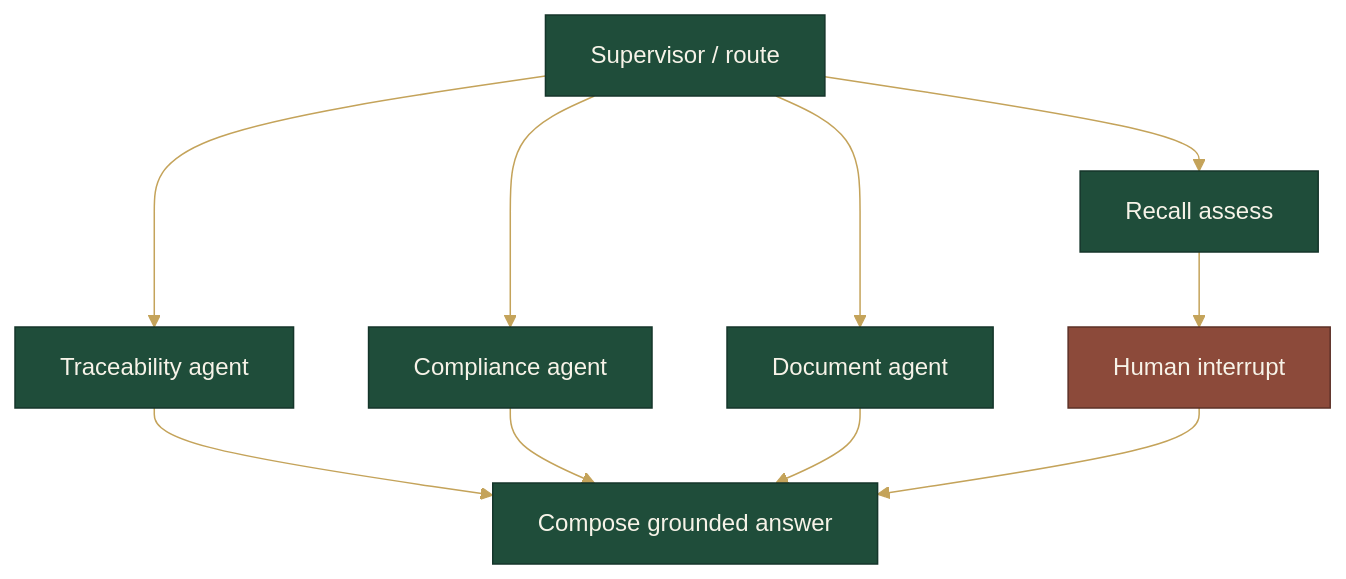
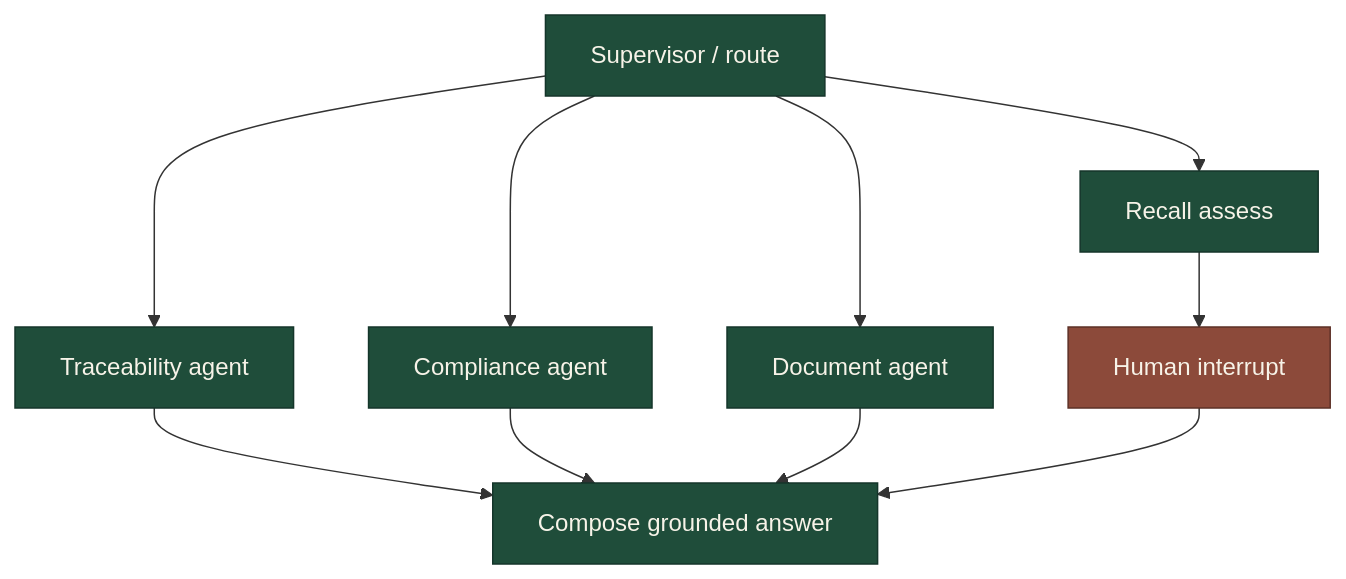
Before and after one commit to MourabitElBachir/traceability-graph-agents: the seventh of 7 diagrams in README.md, drawn with Mermaid. The commit also changed other lines of this file and 19 other files, not shown here.

Commit message:
docs: fix Mermaid rendering, add French README and data walkthrough (#2)

````diff
--- a/README.md
+++ b/README.md
@@ -369,19 +743,18 @@
 ```mermaid
-%%{init: {'theme': 'base', 'themeVariables': {'primaryColor': '#1F4D3A', 'primaryTextColor': '#F7F3E8', 'primaryBorderColor': '#14352A', 'lineColor': '#C4A35A', 'secondaryColor': '#F4E8C1', 'tertiaryColor': '#E7F0EA', 'fontFamily': 'Georgia, serif'}}}%%
 flowchart TD
   route["Supervisor / route"]
   trace["Traceability agent"]
   compliance["Compliance agent"]
   documents["Document agent"]
   recall["Recall assess"]
   approval["Human interrupt"]
   compose["Compose grounded answer"]
   route --> trace --> compose
   route --> compliance --> compose
   route --> documents --> compose
   route --> recall --> approval --> compose
-  classDef node fill:#1F4D3A,stroke:#14352A,color:#F7F3E8;
-  classDef stop fill:#8C4A3A,stroke:#5C3026,color:#F7F3E8;
-  class route,trace,compliance,documents,recall,compose node;
-  class approval stop;
+  classDef agentNode fill:#1F4D3A,stroke:#14352A,color:#F7F3E8;
+  classDef humanStop fill:#8C4A3A,stroke:#5C3026,color:#F7F3E8;
+  class route,trace,compliance,documents,recall,compose agentNode;
+  class approval humanStop;
 ```
````
